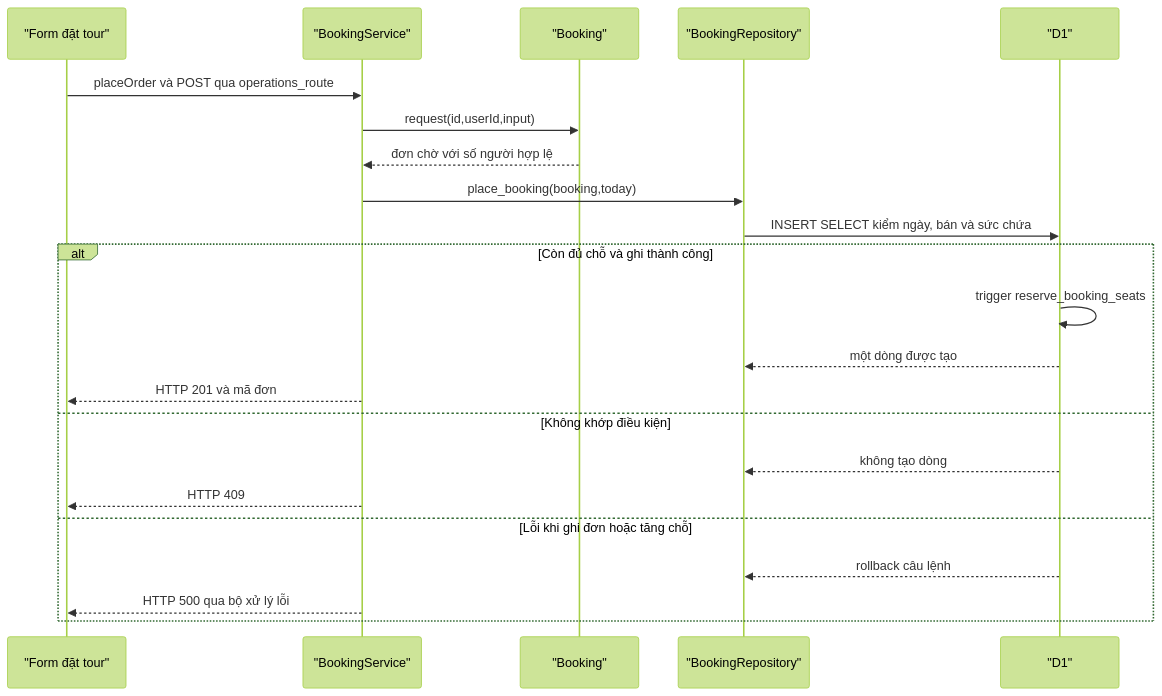
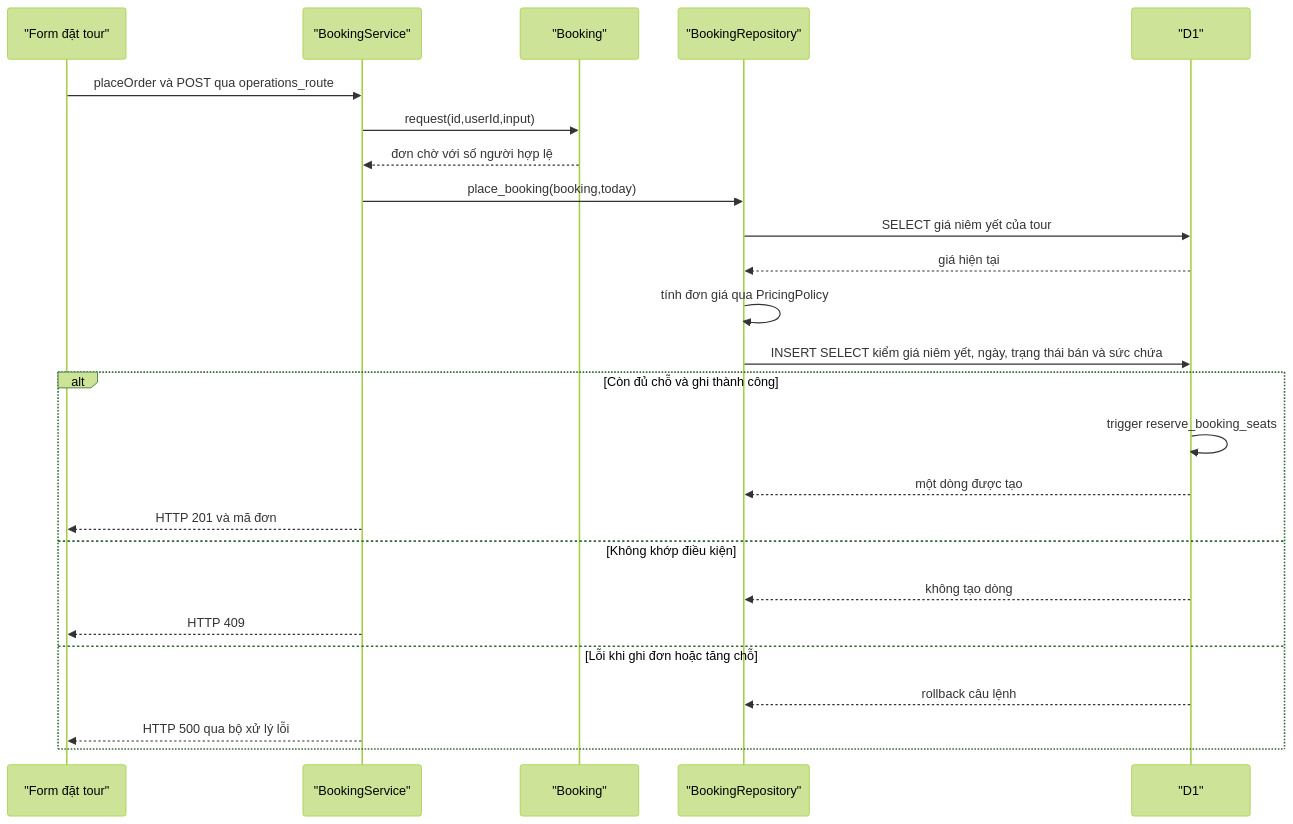
One commit to dqming1876/OOP_TourManager changed the second of 3 diagrams in docs/checklist-4.2.md. Above: the diagram before and after it, drawn with Mermaid (forest theme). The commit also changed other lines of this file and 5 other files, not shown here.

````diff
--- a/docs/checklist-4.2.md
+++ b/docs/checklist-4.2.md
@@ -29,24 +29,27 @@
 ```mermaid
 sequenceDiagram
     participant F as "Form đặt tour"
     participant S as "BookingService"
     participant B as "Booking"
     participant R as "BookingRepository"
     participant DB as "D1"
     F->>S: placeOrder và POST qua operations_route
     S->>B: request(id,userId,input)
     B-->>S: đơn chờ với số người hợp lệ
     S->>R: place_booking(booking,today)
-    R->>DB: INSERT SELECT kiểm ngày, bán và sức chứa
+    R->>DB: SELECT giá niêm yết của tour
+    DB-->>R: giá hiện tại
+    R->>R: tính đơn giá qua PricingPolicy
+    R->>DB: INSERT SELECT kiểm giá niêm yết, ngày, trạng thái bán và sức chứa
     alt Còn đủ chỗ và ghi thành công
         DB->>DB: trigger reserve_booking_seats
         DB-->>R: một dòng được tạo
         S-->>F: HTTP 201 và mã đơn
     else Không khớp điều kiện
         DB-->>R: không tạo dòng
         S-->>F: HTTP 409
     else Lỗi khi ghi đơn hoặc tăng chỗ
         DB-->>R: rollback câu lệnh
         S-->>F: HTTP 500 qua bộ xử lý lỗi
     end
 ```
````
